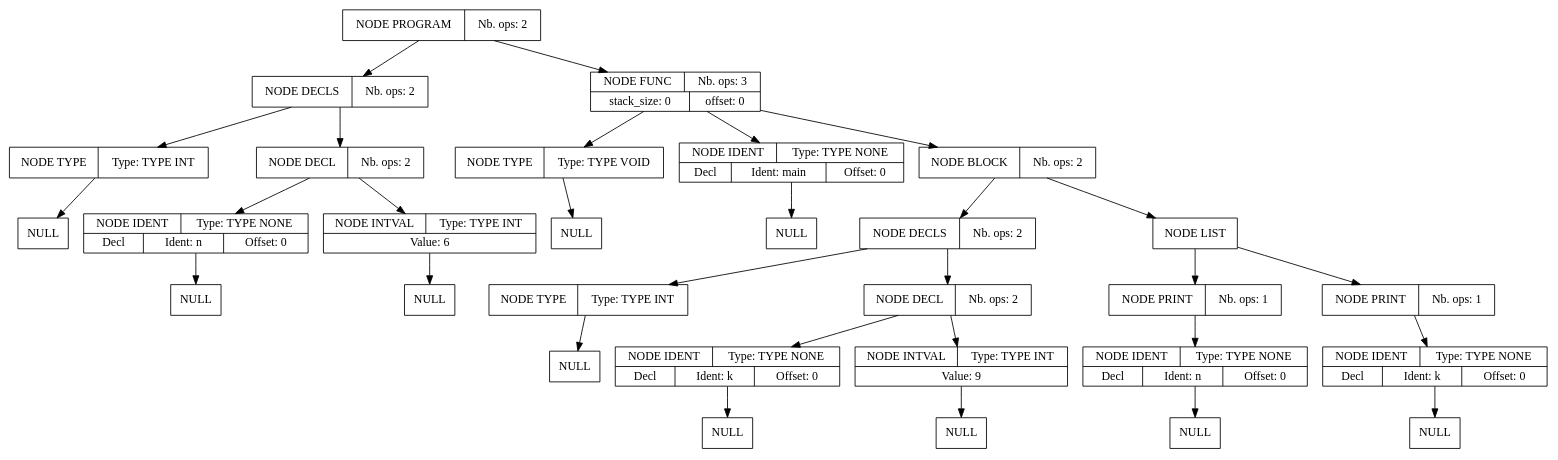
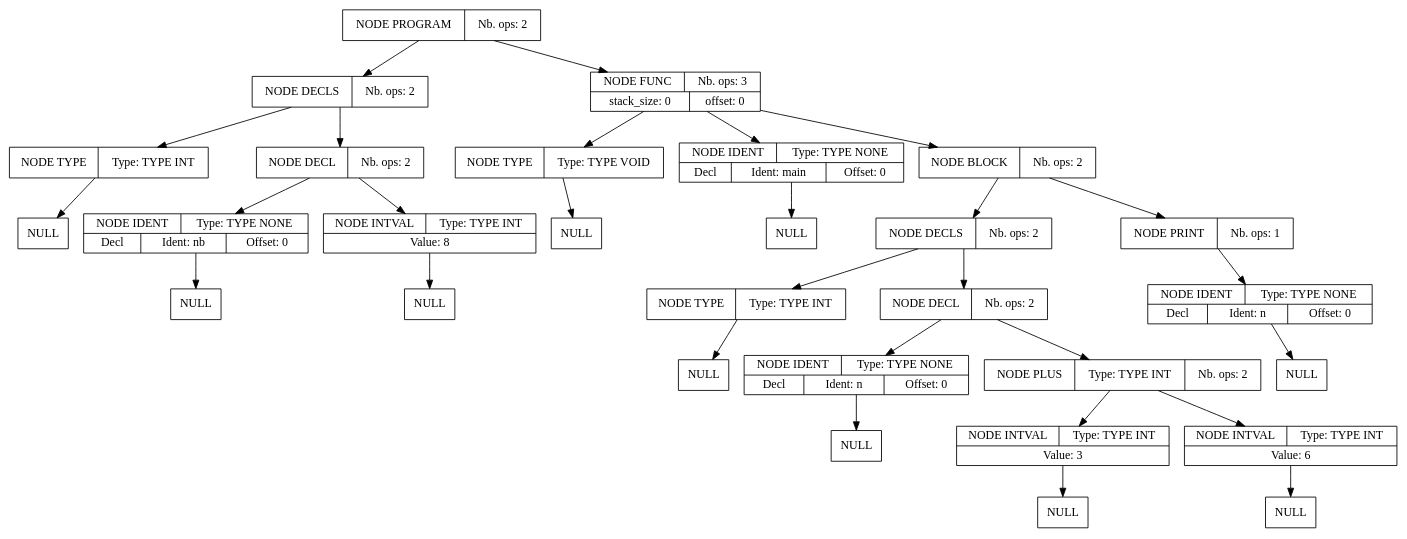
One commit to Serial-DeV/Compilation changed the diagram in projet_compilation_src/src/fichier_dump.dot. Above: the diagram before and after it, drawn with Graphviz. The commit also changed 6 other files, not shown here.

```diff
--- a/projet_compilation_src/src/fichier_dump.dot
+++ b/projet_compilation_src/src/fichier_dump.dot
@@ -1,90 +1,87 @@
 digraph global_vars {
     N1 [shape=record, label="{{NODE PROGRAM|Nb. ops: 2}}"];
     N2 [shape=record, label="{{NODE DECLS|Nb. ops: 2}}"];
     N3 [shape=record, label="{{NODE TYPE|Type: TYPE INT}}"];
     N4 [shape=record, label="{{NULL}}"];
     edge[tailclip=true];
     N3 -> N4
     edge[tailclip=true];
     N2 -> N3
     N5 [shape=record, label="{{NODE DECL|Nb. ops: 2}}"];
-    N6 [shape=record, label="{{NODE IDENT|Type: TYPE NONE}|{<decl>Decl      |Ident: n|Offset: 0}}"];
+    N6 [shape=record, label="{{NODE IDENT|Type: TYPE NONE}|{<decl>Decl      |Ident: nb|Offset: 0}}"];
     N7 [shape=record, label="{{NULL}}"];
     edge[tailclip=true];
     N6 -> N7
     edge[tailclip=true];
     N5 -> N6
-    N8 [shape=record, label="{{NODE INTVAL|Type: TYPE INT}|{Value: 6}}"];
+    N8 [shape=record, label="{{NODE INTVAL|Type: TYPE INT}|{Value: 8}}"];
     N9 [shape=record, label="{{NULL}}"];
     edge[tailclip=true];
     N8 -> N9
     edge[tailclip=true];
     N5 -> N8
     edge[tailclip=true];
     N2 -> N5
     edge[tailclip=true];
     N1 -> N2
     N10 [shape=record, label="{{NODE FUNC|Nb. ops: 3}|{stack_size: 0|offset: 0}}"];
     N11 [shape=record, label="{{NODE TYPE|Type: TYPE VOID}}"];
     N12 [shape=record, label="{{NULL}}"];
     edge[tailclip=true];
     N11 -> N12
     edge[tailclip=true];
     N10 -> N11
     N13 [shape=record, label="{{NODE IDENT|Type: TYPE NONE}|{<decl>Decl      |Ident: main|Offset: 0}}"];
     N14 [shape=record, label="{{NULL}}"];
     edge[tailclip=true];
     N13 -> N14
     edge[tailclip=true];
     N10 -> N13
     N15 [shape=record, label="{{NODE BLOCK|Nb. ops: 2}}"];
     N16 [shape=record, label="{{NODE DECLS|Nb. ops: 2}}"];
     N17 [shape=record, label="{{NODE TYPE|Type: TYPE INT}}"];
     N18 [shape=record, label="{{NULL}}"];
     edge[tailclip=true];
     N17 -> N18
     edge[tailclip=true];
     N16 -> N17
     N19 [shape=record, label="{{NODE DECL|Nb. ops: 2}}"];
-    N20 [shape=record, label="{{NODE IDENT|Type: TYPE NONE}|{<decl>Decl      |Ident: k|Offset: 0}}"];
+    N20 [shape=record, label="{{NODE IDENT|Type: TYPE NONE}|{<decl>Decl      |Ident: n|Offset: 0}}"];
     N21 [shape=record, label="{{NULL}}"];
     edge[tailclip=true];
     N20 -> N21
     edge[tailclip=true];
     N19 -> N20
-    N22 [shape=record, label="{{NODE INTVAL|Type: TYPE INT}|{Value: 9}}"];
-    N23 [shape=record, label="{{NULL}}"];
+    N22 [shape=record, label="{{NODE PLUS|Type: TYPE INT|Nb. ops: 2}}"];
+    N23 [shape=record, label="{{NODE INTVAL|Type: TYPE INT}|{Value: 3}}"];
+    N24 [shape=record, label="{{NULL}}"];
+    edge[tailclip=true];
+    N23 -> N24
     edge[tailclip=true];
     N22 -> N23
+    N25 [shape=record, label="{{NODE INTVAL|Type: TYPE INT}|{Value: 6}}"];
+    N26 [shape=record, label="{{NULL}}"];
+    edge[tailclip=true];
+    N25 -> N26
+    edge[tailclip=true];
+    N22 -> N25
     edge[tailclip=true];
     N19 -> N22
     edge[tailclip=true];
     N16 -> N19
     edge[tailclip=true];
     N15 -> N16
-    N24 [shape=record, label="{{NODE LIST}}"];
-    N25 [shape=record, label="{{NODE PRINT|Nb. ops: 1}}"];
-    N26 [shape=record, label="{{NODE IDENT|Type: TYPE NONE}|{<decl>Decl      |Ident: n|Offset: 0}}"];
-    N27 [shape=record, label="{{NULL}}"];
-    edge[tailclip=true];
-    N26 -> N27
-    edge[tailclip=true];
-    N25 -> N26
-    edge[tailclip=true];
-    N24 -> N25
-    N28 [shape=record, label="{{NODE PRINT|Nb. ops: 1}}"];
-    N29 [shape=record, label="{{NODE IDENT|Type: TYPE NONE}|{<decl>Decl      |Ident: k|Offset: 0}}"];
-    N30 [shape=record, label="{{NULL}}"];
-    edge[tailclip=true];
-    N29 -> N30
+    N27 [shape=record, label="{{NODE PRINT|Nb. ops: 1}}"];
+    N28 [shape=record, label="{{NODE IDENT|Type: TYPE NONE}|{<decl>Decl      |Ident: n|Offset: 0}}"];
+    N29 [shape=record, label="{{NULL}}"];
     edge[tailclip=true];
     N28 -> N29
     edge[tailclip=true];
-    N24 -> N28
+    N27 -> N28
     edge[tailclip=true];
-    N15 -> N24
+    N15 -> N27
     edge[tailclip=true];
     N10 -> N15
     edge[tailclip=true];
     N1 -> N10
 }
```
